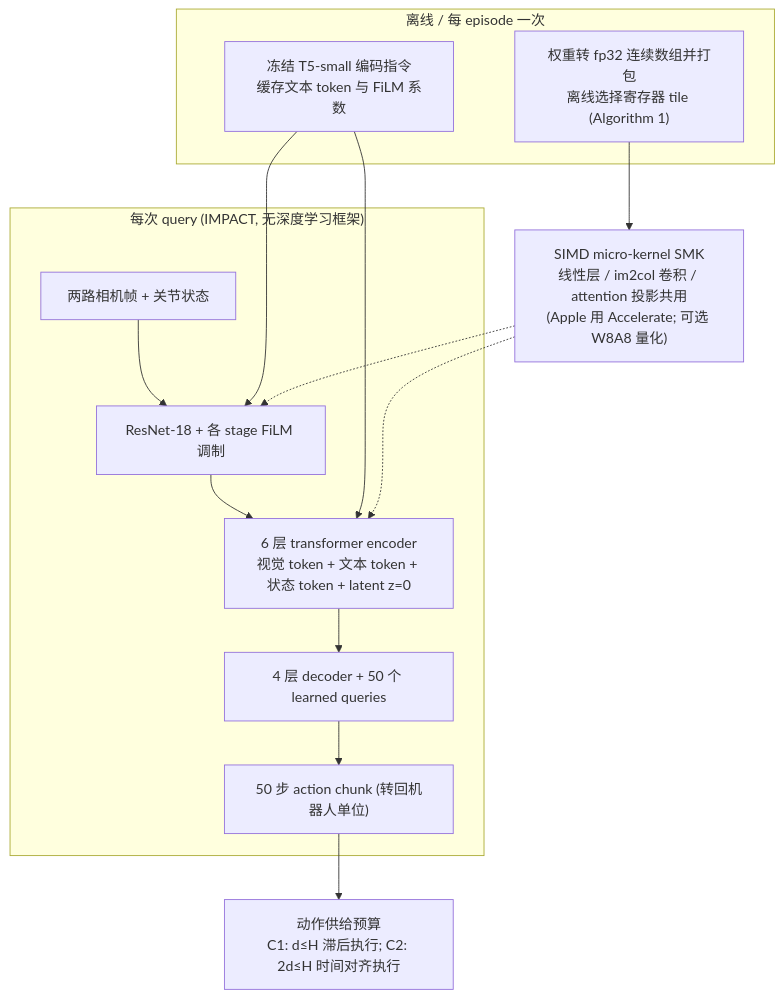
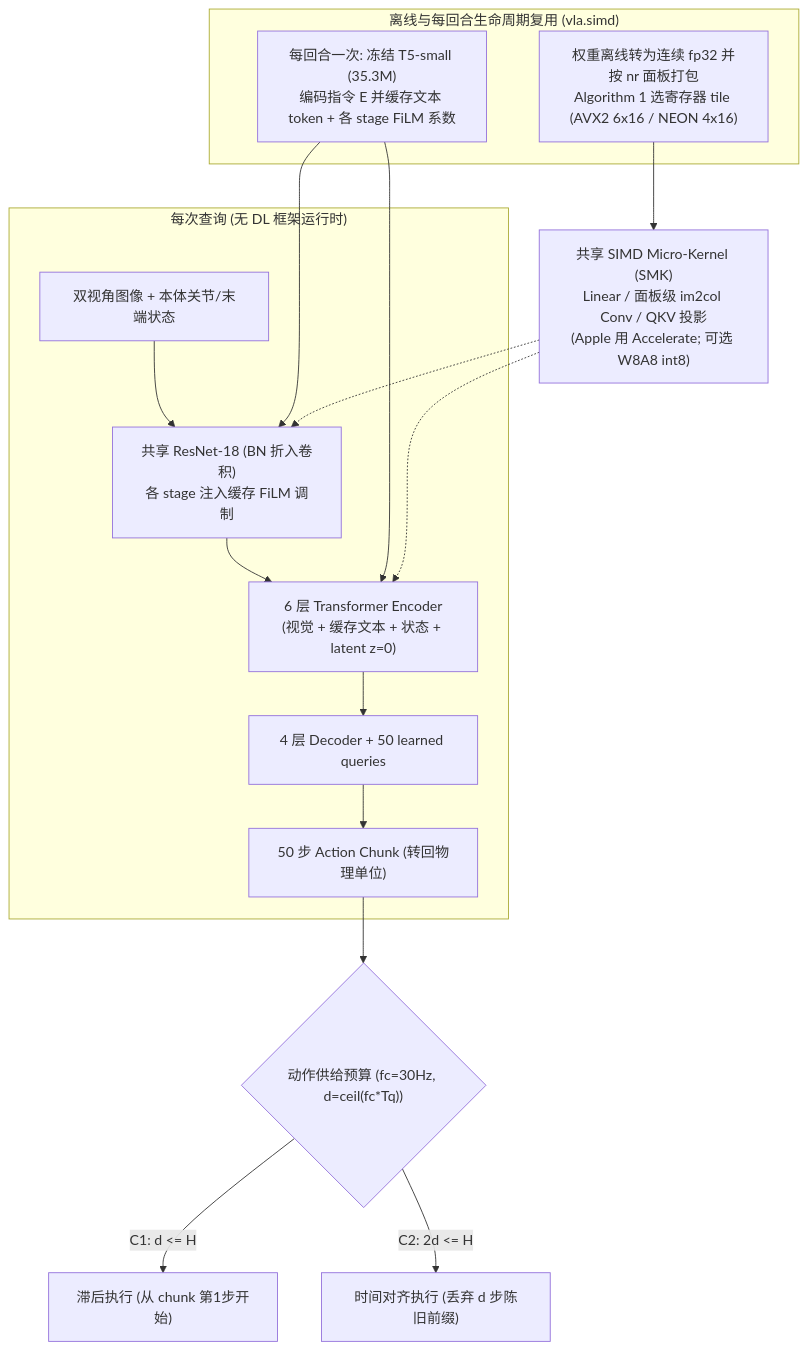
One commit to ImChong/Robotics_Notebooks changed the diagram in wiki/entities/paper-vla-simd.md. Above: the diagram before and after it, drawn with Mermaid. The commit also changed other lines of this file and 192 other files, not shown here.

Commit message:
[2026-11-14] ingest | roadmap/depth-vla.md — 补齐 VLA 纵深路线全部节点原文证据与满分健康度

````diff
--- a/wiki/entities/paper-vla-simd.md
+++ b/wiki/entities/paper-vla-simd.md
@@ -47,19 +58,21 @@
 ```mermaid
 flowchart TD
-    subgraph OFF["离线 / 每 episode 一次"]
-        W["权重转 fp32 连续数组并打包<br/>离线选择寄存器 tile (Algorithm 1)"]
-        T5["冻结 T5-small 编码指令<br/>缓存文本 token 与 FiLM 系数"]
+    subgraph OFF["离线与每回合生命周期复用 (vla.simd)"]
+        W["权重离线转为连续 fp32 并按 nr 面板打包<br/>Algorithm 1 选寄存器 tile (AVX2 6x16 / NEON 4x16)"]
+        T5["每回合一次: 冻结 T5-small (35.3M)<br/>编码指令 E 并缓存文本 token + 各 stage FiLM 系数"]
     end
-    subgraph Q["每次 query (IMPACT, 无深度学习框架)"]
-        IN["两路相机帧 + 关节状态"] --> R["ResNet-18 + 各 stage FiLM 调制"]
-        R --> ENC["6 层 transformer encoder<br/>视觉 token + 文本 token + 状态 token + latent z=0"]
-        ENC --> DEC["4 层 decoder + 50 个 learned queries"]
-        DEC --> ACT["50 步 action chunk (转回机器人单位)"]
+    subgraph Q["每次查询 (无 DL 框架运行时)"]
+        IN["双视角图像 + 本体关节/末端状态"] --> R["共享 ResNet-18 (BN 折入卷积)<br/>各 stage 注入缓存 FiLM 调制"]
+        R --> ENC["6 层 Transformer Encoder<br/>(视觉 + 缓存文本 + 状态 + latent z=0)"]
+        ENC --> DEC["4 层 Decoder + 50 learned queries"]
+        DEC --> ACT["50 步 Action Chunk (转回物理单位)"]
     end
     T5 --> R
     T5 --> ENC
-    W --> K["SIMD micro-kernel SMK<br/>线性层 / im2col 卷积 / attention 投影共用<br/>(Apple 用 Accelerate; 可选 W8A8 量化)"]
+    W --> K["共享 SIMD Micro-Kernel (SMK)<br/>Linear / 面板级 im2col Conv / QKV 投影<br/>(Apple 用 Accelerate; 可选 W8A8 int8)"]
     K -.-> R
     K -.-> ENC
-    ACT --> B["动作供给预算<br/>C1: d≤H 滞后执行; C2: 2d≤H 时间对齐执行"]
+    ACT --> B{"动作供给预算 (fc=30Hz, d=ceil(fc*Tq))"}
+    B -->|"C1: d <= H"| LAG["滞后执行 (从 chunk 第1步开始)"]
+    B -->|"C2: 2d <= H"| ALIGN["时间对齐执行 (丢弃 d 步陈旧前缀)"]
 ```
````
